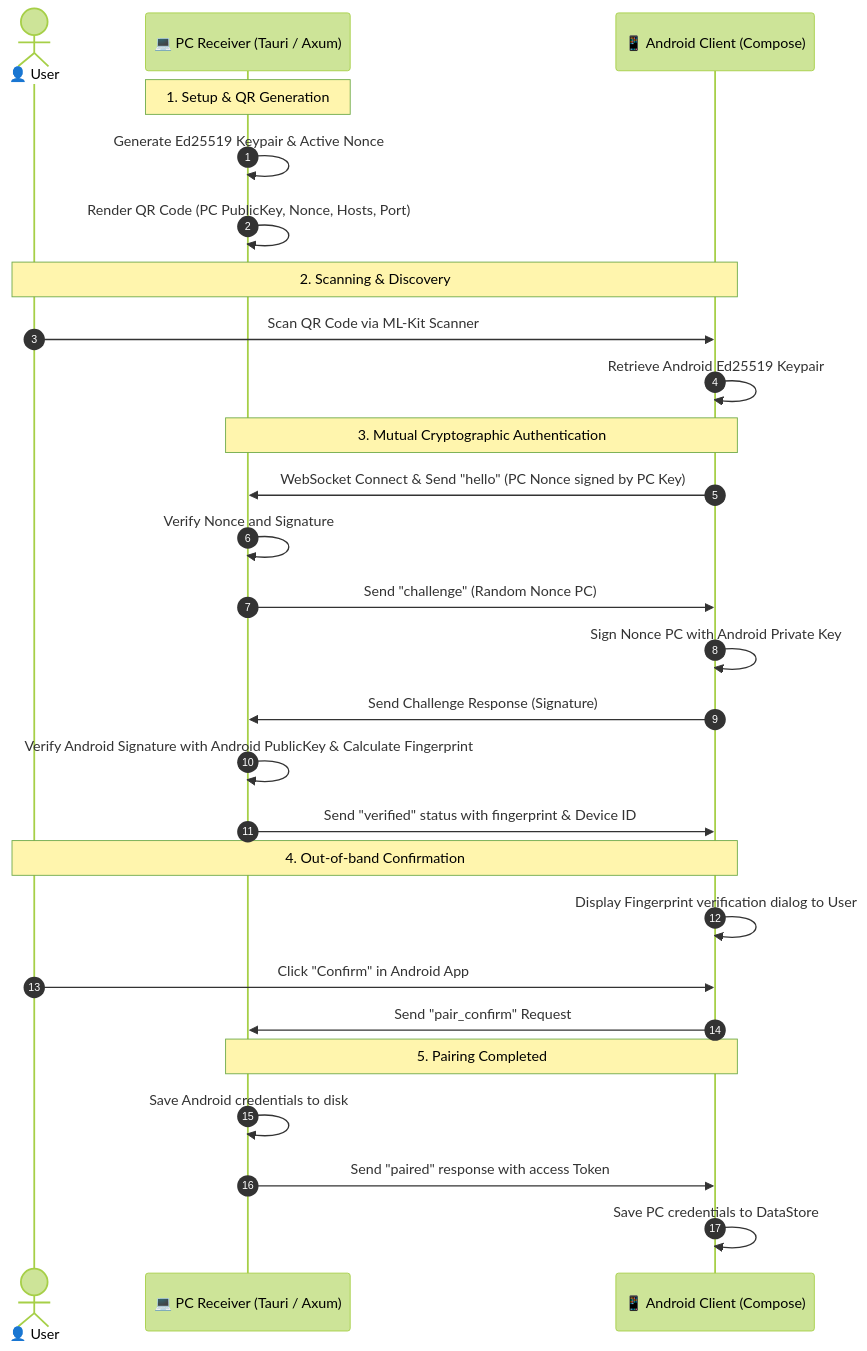
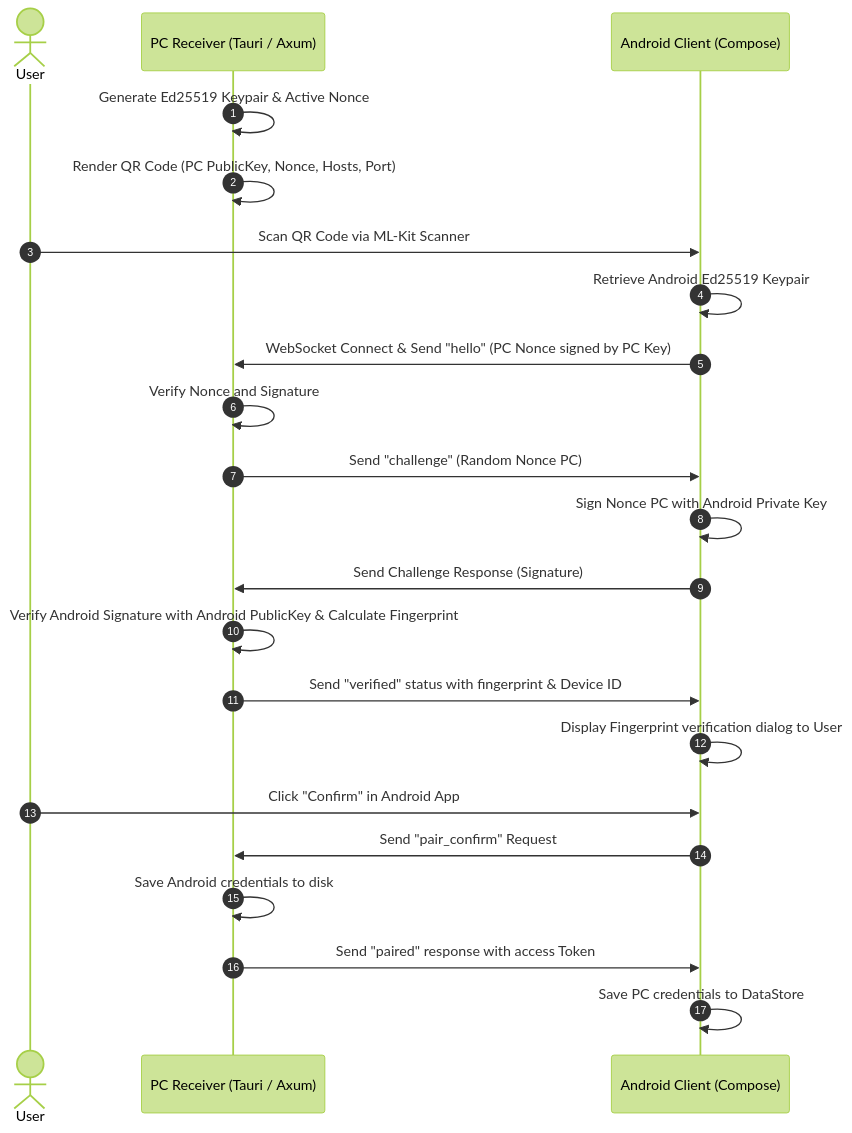
Before and after one commit to wyrtensi/CapturePort: the second of 2 diagrams in README.md, drawn with Mermaid (forest theme). The commit also changed other lines of this file, not shown here.

Commit message:
docs: simplify and beautify diagrams, make flowchart LR layout and remove sequence notes for perfect readability

````diff
--- a/README.md
+++ b/README.md
@@ -83,34 +76,25 @@
 ```mermaid
 sequenceDiagram
     autonumber
-    actor User as 👤 User
-    participant PC as 💻 PC Receiver (Tauri / Axum)
-    participant Android as 📱 Android Client (Compose)
+    actor User
+    participant PC as PC Receiver (Tauri / Axum)
+    participant Android as Android Client (Compose)
 
-    Note over PC: 1. Setup & QR Generation
     PC->>PC: Generate Ed25519 Keypair & Active Nonce
     PC->>PC: Render QR Code (PC PublicKey, Nonce, Hosts, Port)
-    
-    Note over User, Android: 2. Scanning & Discovery
     User->>Android: Scan QR Code via ML-Kit Scanner
     Android->>Android: Retrieve Android Ed25519 Keypair
-    
-    Note over Android, PC: 3. Mutual Cryptographic Authentication
     Android->>PC: WebSocket Connect & Send "hello" (PC Nonce signed by PC Key)
     PC->>PC: Verify Nonce and Signature
     PC->>Android: Send "challenge" (Random Nonce PC)
     Android->>Android: Sign Nonce PC with Android Private Key
     Android->>PC: Send Challenge Response (Signature)
     PC->>PC: Verify Android Signature with Android PublicKey & Calculate Fingerprint
     PC->>Android: Send "verified" status with fingerprint & Device ID
-    
-    Note over User, Android: 4. Out-of-band Confirmation
     Android->>Android: Display Fingerprint verification dialog to User
     User->>Android: Click "Confirm" in Android App
     Android->>PC: Send "pair_confirm" Request
-    
-    Note over PC, Android: 5. Pairing Completed
     PC->>PC: Save Android credentials to disk
     PC->>Android: Send "paired" response with access Token
     Android->>Android: Save PC credentials to DataStore
 ```
````
